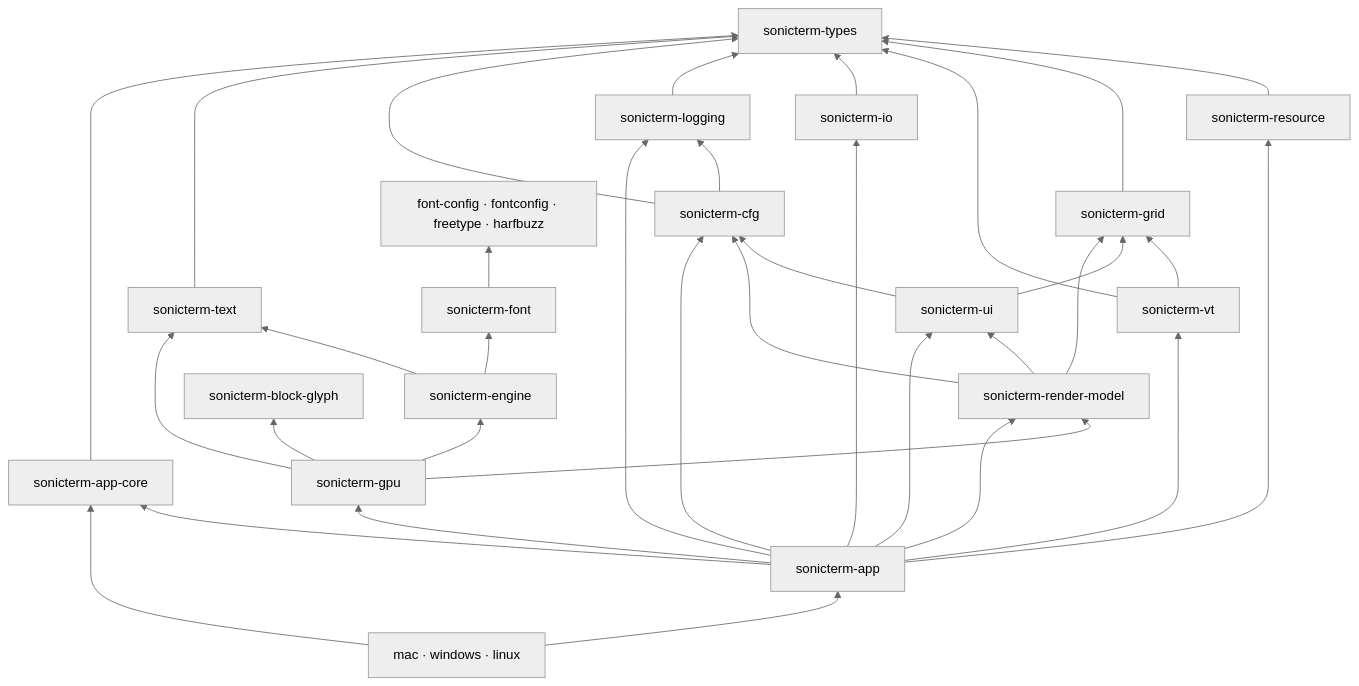
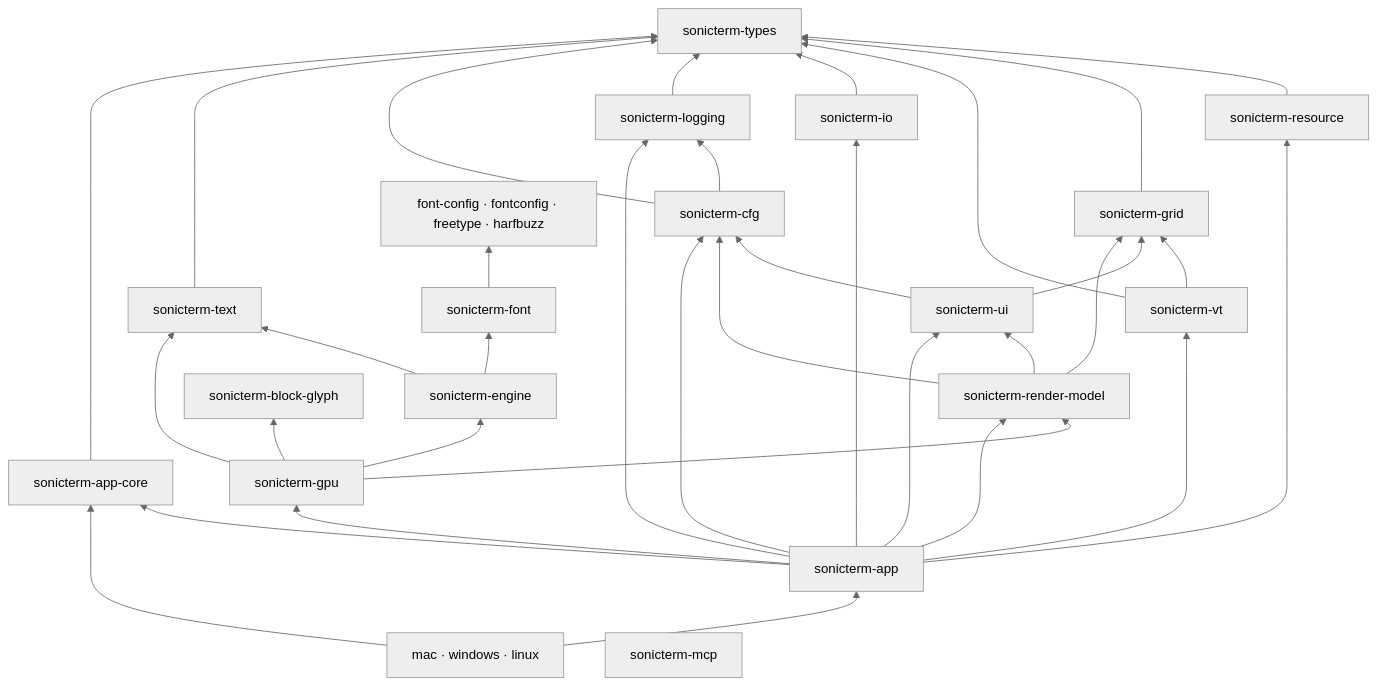
Before and after one commit to D0n9X1n/SonicTerm: the diagram in wiki/Crate-Reference-zh-CN.md, drawn with Mermaid (neutral theme). The commit also changed other lines of this file and 150 other files, not shown here.

````diff
--- a/wiki/Crate-Reference-zh-CN.md
+++ b/wiki/Crate-Reference-zh-CN.md
@@ -21,55 +22,56 @@
 ```mermaid
 flowchart BT
     types["sonicterm-types"]
     resource["sonicterm-resource"]
     grid["sonicterm-grid"]
     vt["sonicterm-vt"]
     io["sonicterm-io"]
     logging["sonicterm-logging"]
     cfg["sonicterm-cfg"]
     text["sonicterm-text"]
     ui["sonicterm-ui"]
     model["sonicterm-render-model"]
     fontparts["font-config · fontconfig · freetype · harfbuzz"]
     font["sonicterm-font"]
     engine["sonicterm-engine"]
     block["sonicterm-block-glyph"]
     gpu["sonicterm-gpu"]
     core["sonicterm-app-core"]
     app["sonicterm-app"]
     platforms["mac · windows · linux"]
+    mcp["sonicterm-mcp"]
 
     resource --> types
     grid --> types
     vt --> grid
     vt --> types
     io --> types
     logging --> types
     cfg --> logging
     cfg --> types
     text --> types
     ui --> cfg
     ui --> grid
     model --> cfg
     model --> grid
     model --> ui
     font --> fontparts
     engine --> font
     engine --> text
     gpu --> block
     gpu --> model
     gpu --> engine
     gpu --> text
     core --> types
     app --> core
     app --> vt
     app --> io
     app --> cfg
     app --> ui
     app --> model
     app --> gpu
     app --> resource
     app --> logging
     platforms --> app
     platforms --> core
 ```
````
